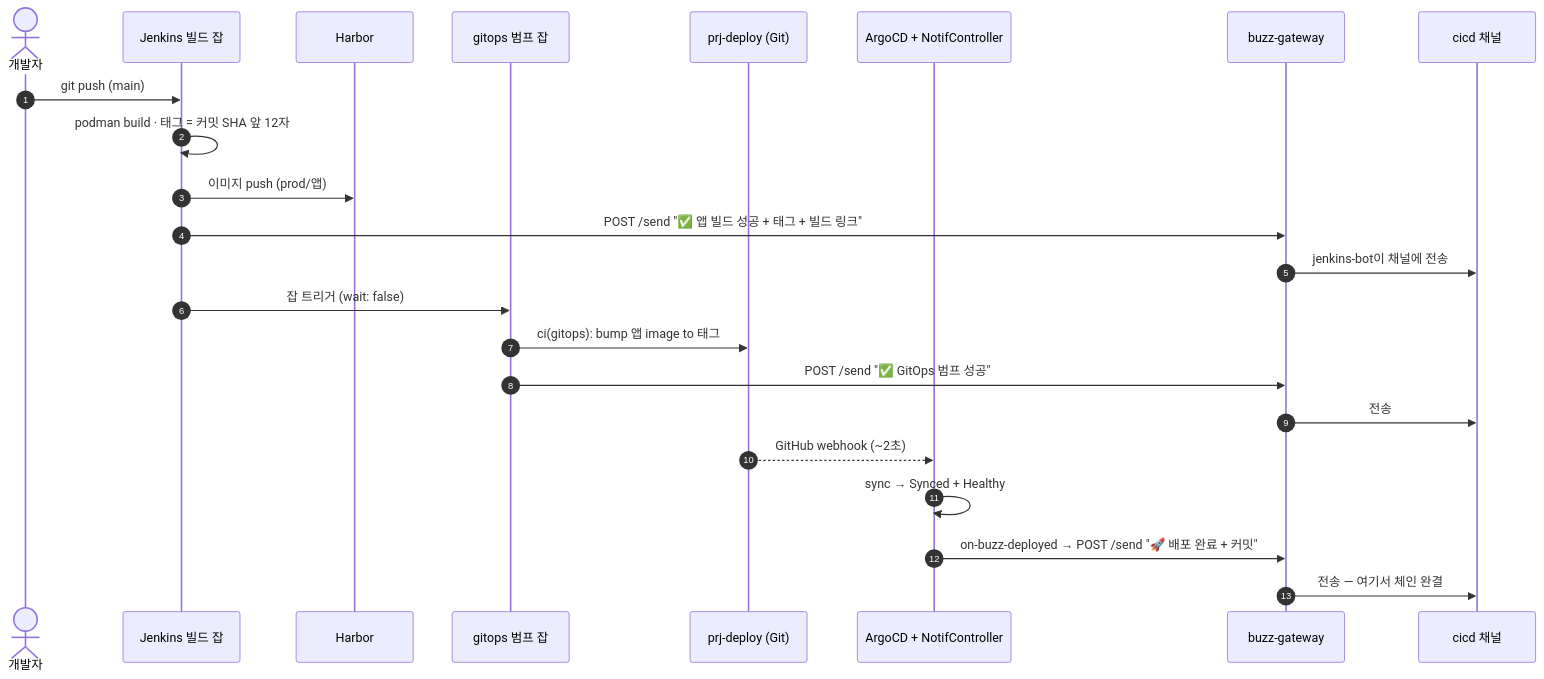
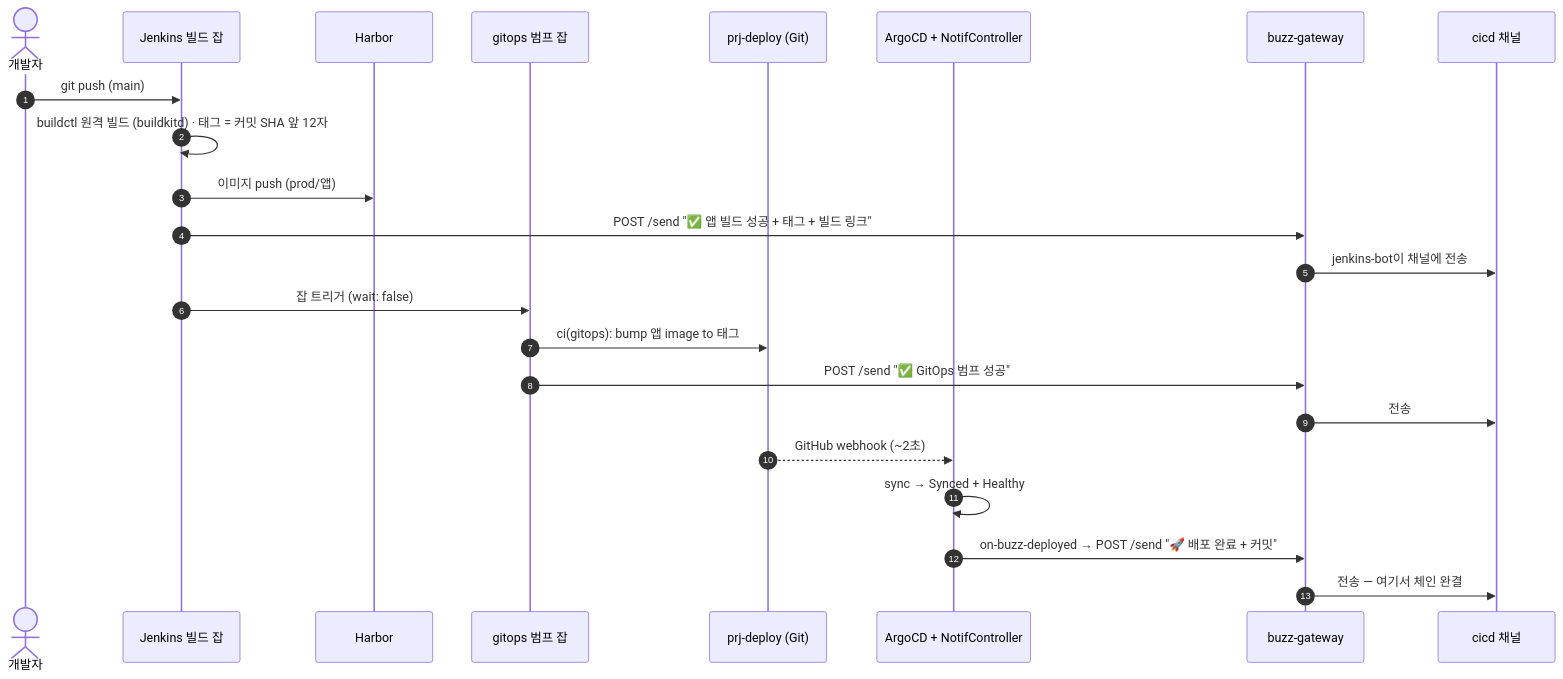
Before and after one commit to kimjoongwon/prj-devops: the second of 7 diagrams in docs/buzz-architecture-visual.md, drawn with Mermaid. The commit also changed other lines of this file and 9 other files, not shown here.

````diff
--- a/docs/buzz-architecture-visual.md
+++ b/docs/buzz-architecture-visual.md
@@ -66,26 +66,26 @@
 ```mermaid
 sequenceDiagram
     autonumber
     actor D as 개발자
     participant J as Jenkins 빌드 잡
     participant H as Harbor
     participant G as gitops 범프 잡
     participant R as prj-deploy (Git)
     participant A as ArgoCD + NotifController
     participant W as buzz-gateway
     participant C as cicd 채널
 
     D->>J: git push (main)
-    J->>J: podman build · 태그 = 커밋 SHA 앞 12자
+    J->>J: buildctl 원격 빌드 (buildkitd) · 태그 = 커밋 SHA 앞 12자
     J->>H: 이미지 push (prod/앱)
     J->>W: POST /send "✅ 앱 빌드 성공 + 태그 + 빌드 링크"
     W->>C: jenkins-bot이 채널에 전송
     J->>G: 잡 트리거 (wait: false)
     G->>R: ci(gitops): bump 앱 image to 태그
     G->>W: POST /send "✅ GitOps 범프 성공"
     W->>C: 전송
     R-->>A: GitHub webhook (~2초)
     A->>A: sync → Synced + Healthy
     A->>W: on-buzz-deployed → POST /send "🚀 배포 완료 + 커밋"
     W->>C: 전송 — 여기서 체인 완결
 ```
````
